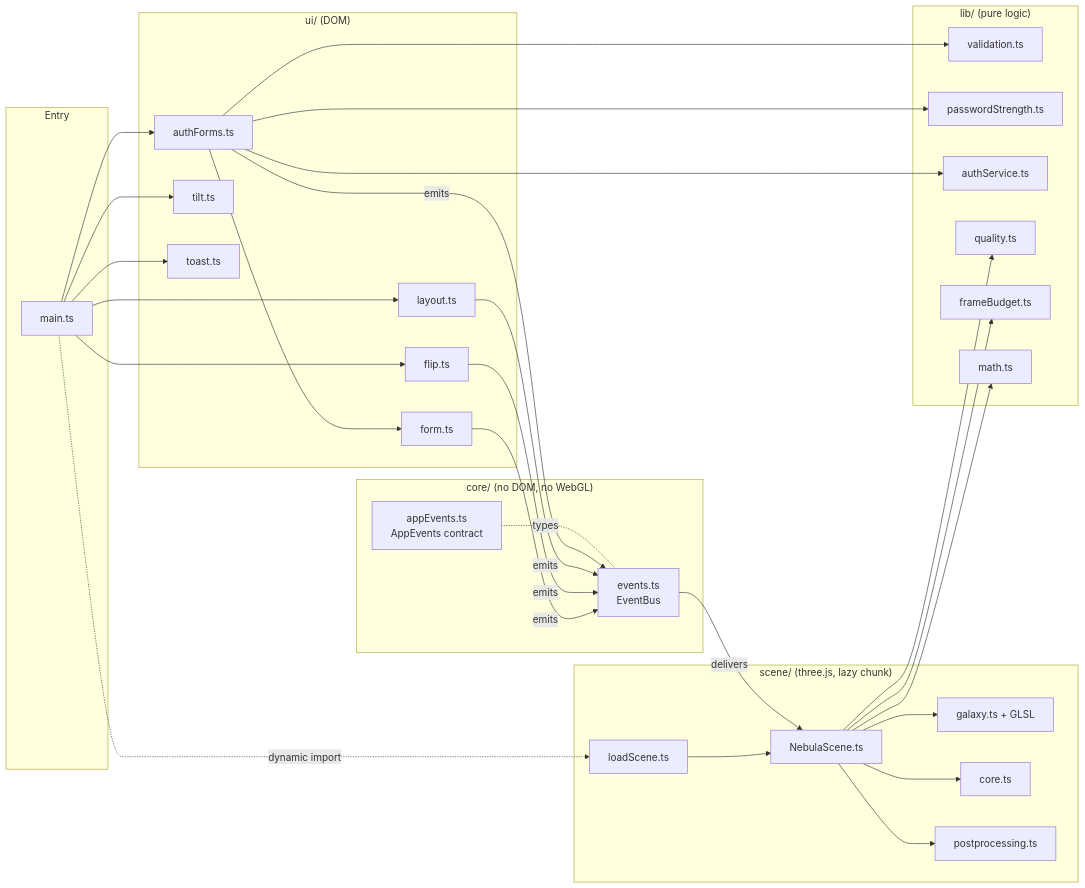
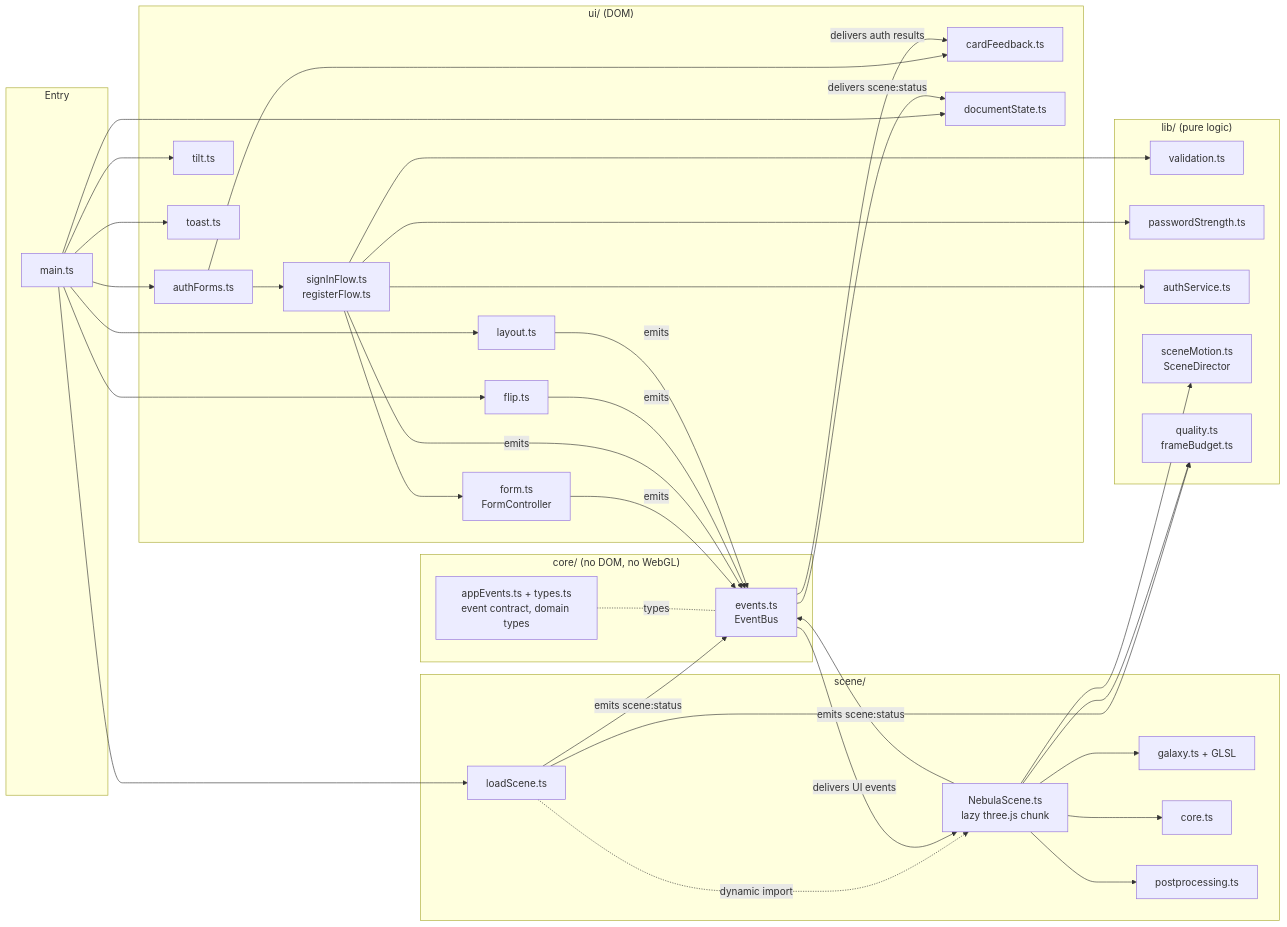
One commit to arslanagayev/nebula-auth changed the first of 2 diagrams in docs/ARCHITECTURE.md. Above: the diagram before and after it, drawn with Mermaid. The commit also changed other lines of this file and 1 other file, not shown here.

````diff
--- a/docs/ARCHITECTURE.md
+++ b/docs/ARCHITECTURE.md
@@ -14,52 +14,61 @@
 ```mermaid
 flowchart LR
   subgraph Entry
     main[main.ts]
   end
 
   subgraph Core["core/ (no DOM, no WebGL)"]
     bus[events.ts<br/>EventBus]
-    contract[appEvents.ts<br/>AppEvents contract]
+    contract[appEvents.ts + types.ts<br/>event contract, domain types]
   end
 
   subgraph Lib["lib/ (pure logic)"]
     validation[validation.ts]
     strength[passwordStrength.ts]
     auth[authService.ts]
-    quality[quality.ts]
-    budget[frameBudget.ts]
-    math[math.ts]
+    director[sceneMotion.ts<br/>SceneDirector]
+    quality[quality.ts<br/>frameBudget.ts]
   end
 
   subgraph UI["ui/ (DOM)"]
     authForms[authForms.ts]
-    form[form.ts]
+    flows[signInFlow.ts<br/>registerFlow.ts]
+    form[form.ts<br/>FormController]
+    feedback[cardFeedback.ts]
+    docState[documentState.ts]
     flip[flip.ts]
     tilt[tilt.ts]
     toast[toast.ts]
     layout[layout.ts]
   end
 
-  subgraph Scene["scene/ (three.js, lazy chunk)"]
+  subgraph Scene["scene/"]
     loader[loadScene.ts]
-    nebula[NebulaScene.ts]
+    nebula[NebulaScene.ts<br/>lazy three.js chunk]
     galaxy[galaxy.ts + GLSL]
     core3d[core.ts]
     post[postprocessing.ts]
   end
 
-  main --> authForms & flip & tilt & toast & layout
-  main -.->|dynamic import| loader
-  loader --> nebula
+  main --> authForms & flip & tilt & toast & layout & docState
+  main --> loader
+  loader -.->|dynamic import| nebula
+  loader --> quality
   nebula --> galaxy & core3d & post
-  nebula --> quality & budget & math
+  nebula --> director & quality
 
-  authForms --> form
-  authForms --> validation & strength & auth
+  authForms --> flows & feedback
+  flows --> form
+  flows --> validation & strength & auth
+
   form -- emits --> bus
+  flows -- emits --> bus
   flip -- emits --> bus
   layout -- emits --> bus
-  authForms -- emits --> bus
-  bus -- delivers --> nebula
+  loader -- emits scene:status --> bus
+  nebula -- emits scene:status --> bus
+  bus -- delivers UI events --> nebula
+  bus -- delivers auth results --> feedback
+  bus -- delivers scene:status --> docState
   contract -.types.- bus
 ```
````
